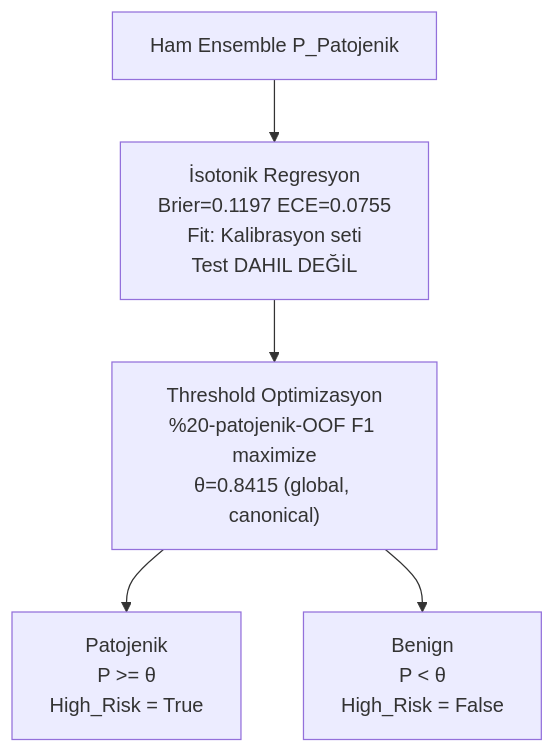
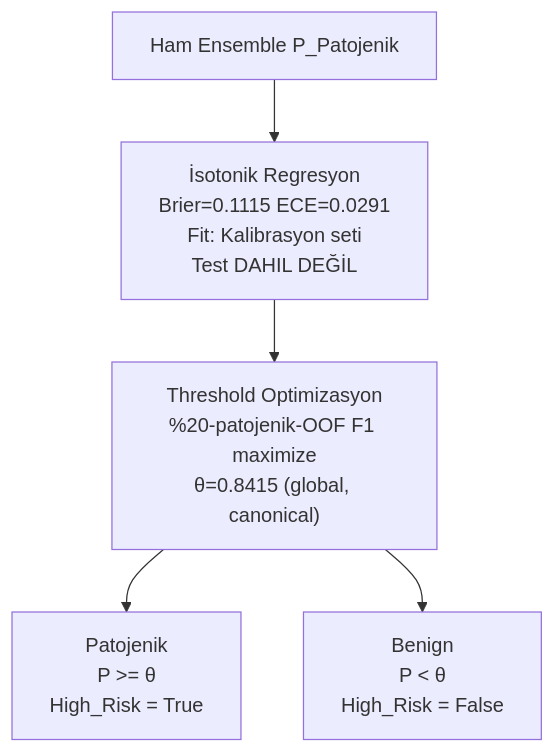
Diagram 15 of 17 in README.md (msgxr/VARIANT-GNN), drawn with Mermaid before and after one commit. The commit also changed other lines of this file and 73 other files, not shown here.

````diff
--- a/README.md
+++ b/README.md
@@ -977,12 +979,12 @@
 ```mermaid
 flowchart TD
     R["Ham Ensemble P_Patojenik"]
-    ISO["İsotonik Regresyon\nBrier=0.1197  ECE=0.0755\nFit: Kalibrasyon seti\nTest DAHIL DEĞİL"]
+    ISO["İsotonik Regresyon\nBrier=0.1115  ECE=0.0291\nFit: Kalibrasyon seti\nTest DAHIL DEĞİL"]
     TH["Threshold Optimizasyon\n%20-patojenik-OOF F1 maximize\nθ=0.8415 (global, canonical)"]
     PAT["Patojenik\nP >= θ\nHigh_Risk = True"]
     BEN["Benign\nP < θ\nHigh_Risk = False"]
 
     R --> ISO --> TH
     TH --> PAT
     TH --> BEN
 ```
````
